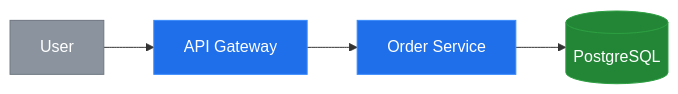
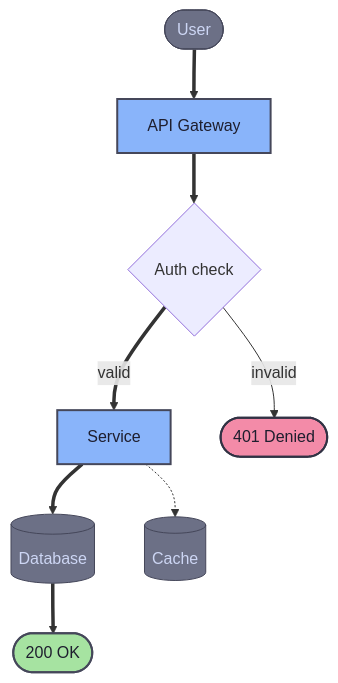
One commit to mdsakalu/agent-plugins changed the second of 3 diagrams in creating-mermaid-diagrams/skills/creating-mermaid-diagrams/references/style-guide.md. Above: the diagram before and after it, drawn with Mermaid. The commit also changed other lines of this file and 4 other files, not shown here.

First line of the commit message:
refactor(creating-mermaid-diagrams): design-driven styling overhaul

````diff
--- a/creating-mermaid-diagrams/skills/creating-mermaid-diagrams/references/style-guide.md
+++ b/creating-mermaid-diagrams/skills/creating-mermaid-diagrams/references/style-guide.md
@@ -191,21 +209,17 @@
 ```mermaid
-flowchart LR
-    accTitle: Service topology
-    accDescr: Shows how the API gateway routes to backend services and data stores.
+flowchart TD
+    user(["User"]) ==> api["API Gateway"] ==> auth{"Auth check"}
+    auth == valid ==> svc["Service"] ==> db[("Database")] ==> res(["200 OK"])
+    auth -- invalid --> err(["401 Denied"])
+    svc -.-> cache[("Cache")]
 
-    U["User"]
-    GW["API Gateway"]
-    SVC["Order Service"]
-    DB[("PostgreSQL")]
+    classDef primary fill:#89b4fa,stroke:#45475a,stroke-width:2px,color:#1e1e2e
+    classDef muted fill:#6c7086,stroke:#45475a,stroke-width:1px,color:#cdd6f4
+    classDef success fill:#a6e3a1,stroke:#45475a,stroke-width:2px,color:#1e1e2e
+    classDef danger fill:#f38ba8,stroke:#313244,stroke-width:2px,color:#1e1e2e
 
-    U --> GW --> SVC --> DB
-
-    %% Theme: paste classDef block from themes.md here
-    classDef service  fill:#1f6feb,stroke:#388bfd,color:#ffffff
-    classDef database fill:#238636,stroke:#2ea043,color:#ffffff
-    classDef user     fill:#8b949e,stroke:#6e7681,color:#ffffff
-
-    class U user
-    class GW,SVC service
-    class DB database
+    class api,svc primary
+    class user,db,cache muted
+    class res success
+    class err danger
 ```
````
